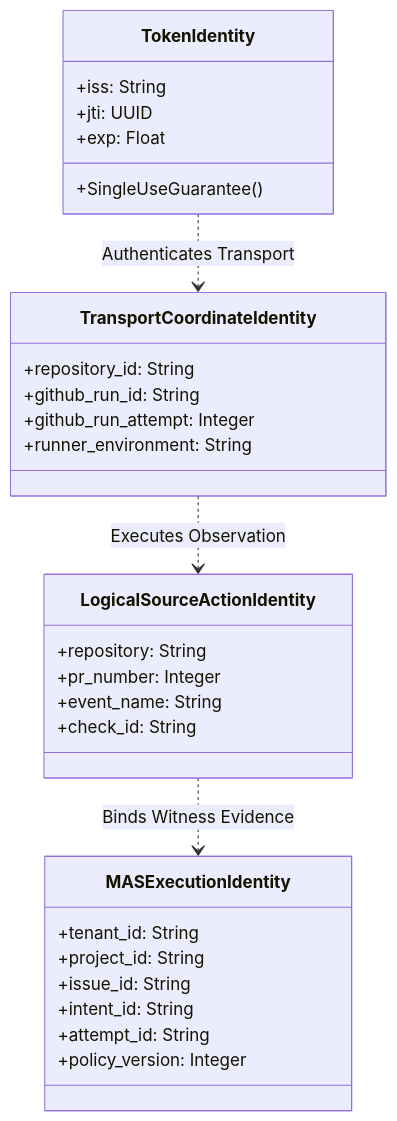
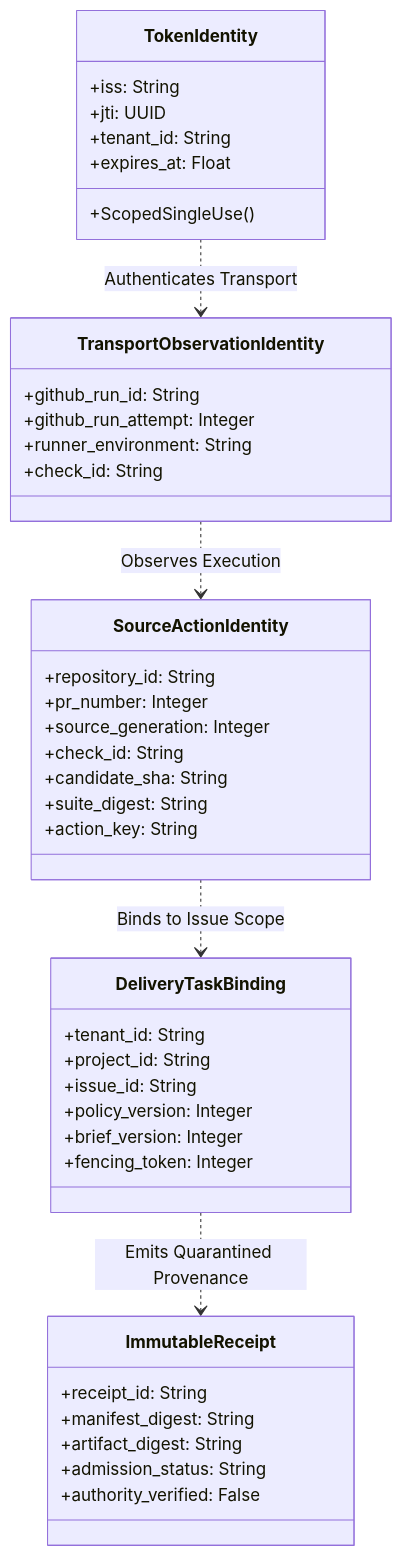
Before and after one commit to mphoMas/Acinonyx: the first of 3 diagrams in projects/scrum-board-automation/planning/ANTIGRAVITY_GHA_04_DESIGN_SPEC.md, drawn with Mermaid. The commit also changed other lines of this file and 1 other file, not shown here.

Commit message:
docs(design): revise GHA-04 specification with quarantined authority and scenario mappings (B1-B6)

````diff
--- a/projects/scrum-board-automation/planning/ANTIGRAVITY_GHA_04_DESIGN_SPEC.md
+++ b/projects/scrum-board-automation/planning/ANTIGRAVITY_GHA_04_DESIGN_SPEC.md
@@ -19,34 +53,46 @@
 ```mermaid
 classDiagram
     direction TB
     class TokenIdentity {
         +iss: String
         +jti: UUID
-        +exp: Float
-        +SingleUseGuarantee()
+        +tenant_id: String
+        +expires_at: Float
+        +ScopedSingleUse()
     }
-    class TransportCoordinateIdentity {
+    class SourceActionIdentity {
         +repository_id: String
+        +pr_number: Integer
+        +source_generation: Integer
+        +check_id: String
+        +candidate_sha: String
+        +suite_digest: String
+        +action_key: String
+    }
+    class TransportObservationIdentity {
         +github_run_id: String
         +github_run_attempt: Integer
         +runner_environment: String
-    }
-    class LogicalSourceActionIdentity {
-        +repository: String
-        +pr_number: Integer
-        +event_name: String
         +check_id: String
     }
-    class MASExecutionIdentity {
+    class DeliveryTaskBinding {
         +tenant_id: String
         +project_id: String
         +issue_id: String
-        +intent_id: String
-        +attempt_id: String
         +policy_version: Integer
+        +brief_version: Integer
+        +fencing_token: Integer
+    }
+    class ImmutableReceipt {
+        +receipt_id: String
+        +manifest_digest: String
+        +artifact_digest: String
+        +admission_status: String
+        +authority_verified: False
     }
 
-    TokenIdentity ..> TransportCoordinateIdentity : Authenticates Transport
-    TransportCoordinateIdentity ..> LogicalSourceActionIdentity : Executes Observation
-    LogicalSourceActionIdentity ..> MASExecutionIdentity : Binds Witness Evidence
+    TokenIdentity ..> TransportObservationIdentity : Authenticates Transport
+    TransportObservationIdentity ..> SourceActionIdentity : Observes Execution
+    SourceActionIdentity ..> DeliveryTaskBinding : Binds to Issue Scope
+    DeliveryTaskBinding ..> ImmutableReceipt : Emits Quarantined Provenance
 ```
````
